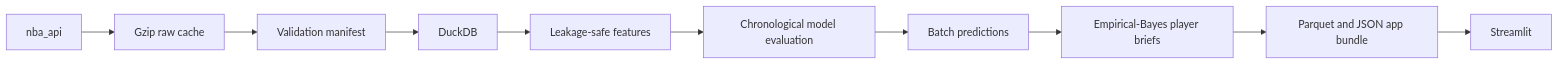
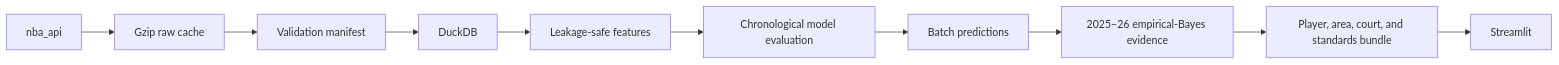
The diagram in docs/architecture.md (Nayani-Projects/shotfit), drawn with Mermaid before and after one commit. The commit also changed other lines of this file and 16 other files, not shown here.

````diff
--- a/docs/architecture.md
+++ b/docs/architecture.md
@@ -3,12 +3,12 @@
 ```mermaid
 flowchart LR
   A[nba_api] --> B[Gzip raw cache]
   B --> C[Validation manifest]
   C --> D[DuckDB]
   D --> E[Leakage-safe features]
   E --> F[Chronological model evaluation]
   F --> G[Batch predictions]
-  G --> H[Empirical-Bayes player briefs]
-  H --> I[Parquet and JSON app bundle]
+  G --> H[2025–26 empirical-Bayes evidence]
+  H --> I[Player, area, court, and standards bundle]
   I --> J[Streamlit]
 ```
````
